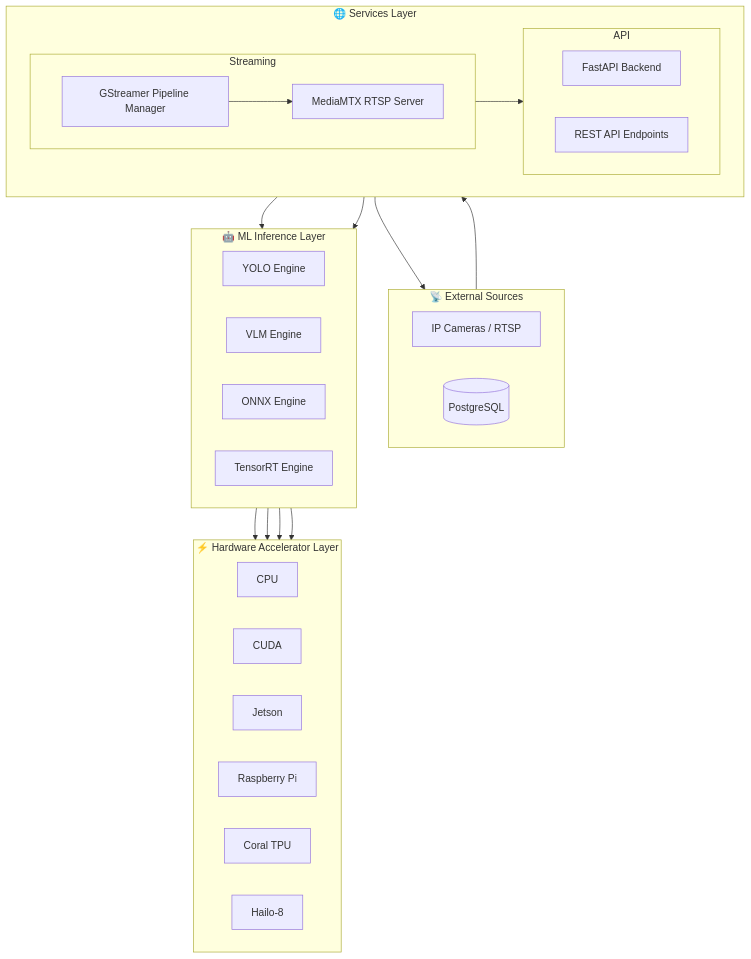
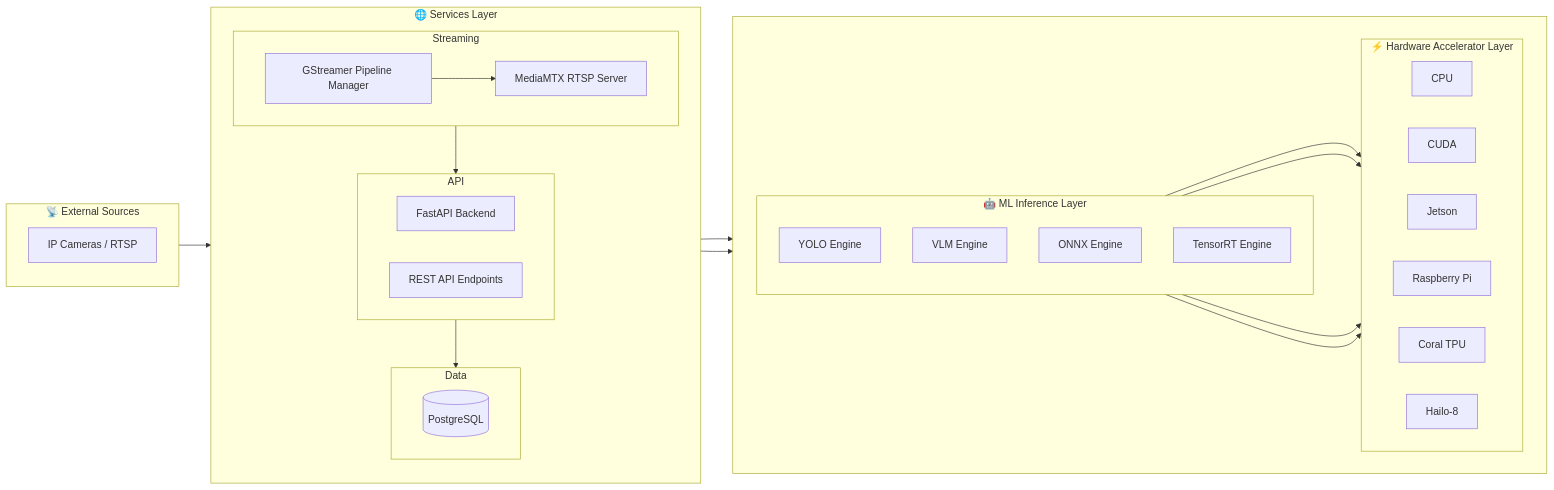
Before and after one commit to marcoscunha/carcara-vision: the diagram in docs/ARCHITECTURE.md, drawn with Mermaid. The commit also changed 25 other files, not shown here.

````diff
--- a/docs/ARCHITECTURE.md
+++ b/docs/ARCHITECTURE.md
@@ -7,54 +7,61 @@
 ```mermaid
-flowchart TB
+flowchart LR
     subgraph External["📡 External Sources"]
-        direction LR
+        direction TB
         Cameras["IP Cameras / RTSP"]
-        DB[(PostgreSQL)]
     end
 
     subgraph Services["🌐 Services Layer"]
-        direction LR
+        direction TB
         subgraph Streaming["Streaming"]
             direction LR
             GStreamer["GStreamer Pipeline Manager"]
             MediaMTX["MediaMTX RTSP Server"]
         end
 
         subgraph API["API"]
             direction LR
             FastAPI["FastAPI Backend"]
             REST["REST API Endpoints"]
         end
+
+        subgraph Data["Data"]
+            direction LR
+            DB[(PostgreSQL)]
+        end
     end
 
-    subgraph ML["🤖 ML Inference Layer"]
+    subgraph Processing[" "]
         direction LR
-        YOLO["YOLO Engine"]
-        VLM["VLM Engine"]
-        ONNX["ONNX Engine"]
-        TensorRT["TensorRT Engine"]
-    end
+        subgraph ML["🤖 ML Inference Layer"]
+            direction TB
+            YOLO["YOLO Engine"]
+            VLM["VLM Engine"]
+            ONNX["ONNX Engine"]
+            TensorRT["TensorRT Engine"]
+        end
 
-    subgraph HW["⚡ Hardware Accelerator Layer"]
-        direction LR
-        CPU["CPU"]
-        CUDA["CUDA"]
-        Jetson["Jetson"]
-        RPi["Raspberry Pi"]
-        Coral["Coral TPU"]
-        Hailo["Hailo-8"]
+        subgraph HW["⚡ Hardware Accelerator Layer"]
+            direction LR
+            CPU["CPU"]
+            CUDA["CUDA"]
+            Jetson["Jetson"]
+            RPi["Raspberry Pi"]
+            Coral["Coral TPU"]
+            Hailo["Hailo-8"]
+        end
     end
 
     Cameras --> GStreamer
     GStreamer --> MediaMTX
     MediaMTX --> FastAPI
     FastAPI --> DB
 
     FastAPI --> ML
     REST --> ML
 
     YOLO --> HW
     VLM --> HW
     ONNX --> HW
     TensorRT --> HW
 ```
````
